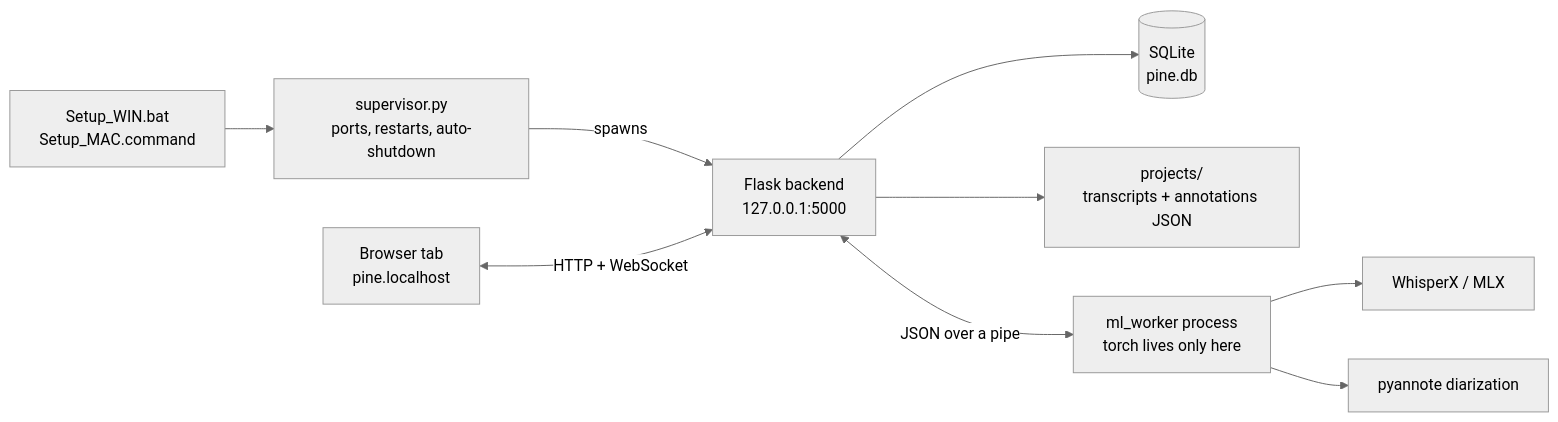
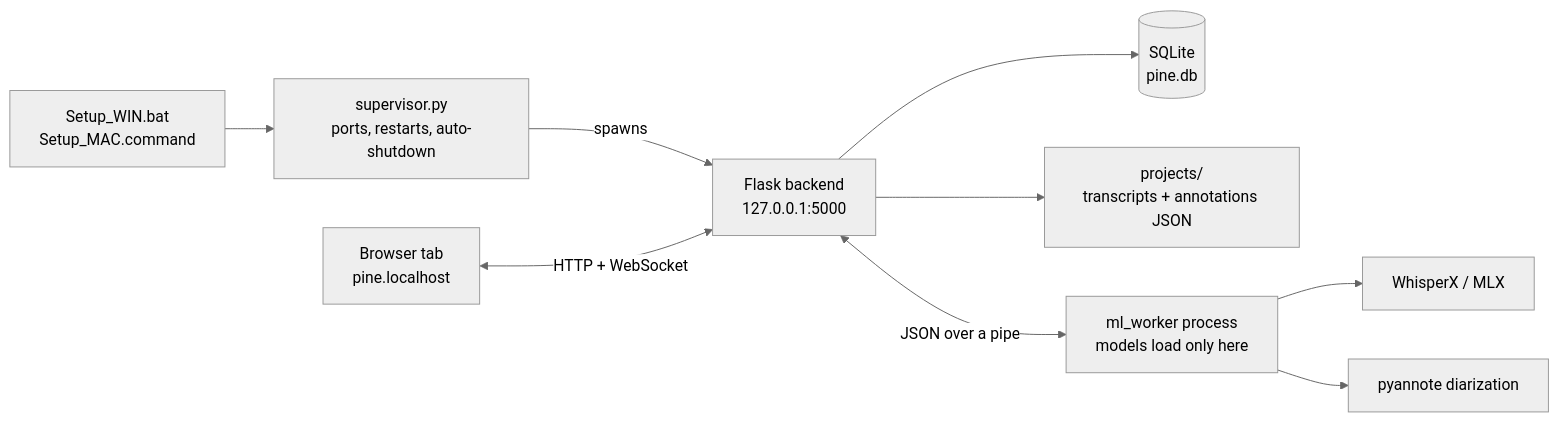
One commit to paul815/PINE changed the diagram in README.md. Above: the diagram before and after it, drawn with Mermaid (neutral theme). The commit also changed other lines of this file, not shown here.

````diff
--- a/README.md
+++ b/README.md
@@ -287,11 +287,11 @@
 ```mermaid
 flowchart LR
     L["Setup_WIN.bat<br/>Setup_MAC.command"] --> S["supervisor.py<br/>ports, restarts, auto-shutdown"]
     S -->|spawns| B["Flask backend<br/>127.0.0.1:5000"]
     BR["Browser tab<br/>pine.localhost"] <-->|HTTP + WebSocket| B
     B --> DB[("SQLite<br/>pine.db")]
     B --> FS["projects/<br/>transcripts + annotations JSON"]
-    B <-->|JSON over a pipe| W["ml_worker process<br/>torch lives only here"]
+    B <-->|JSON over a pipe| W["ml_worker process<br/>models load only here"]
     W --> ASR["WhisperX / MLX"]
     W --> DIA["pyannote diarization"]
 ```
````
